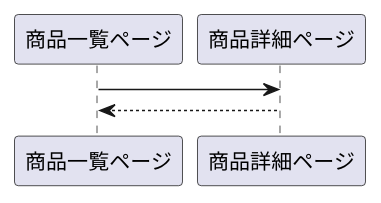
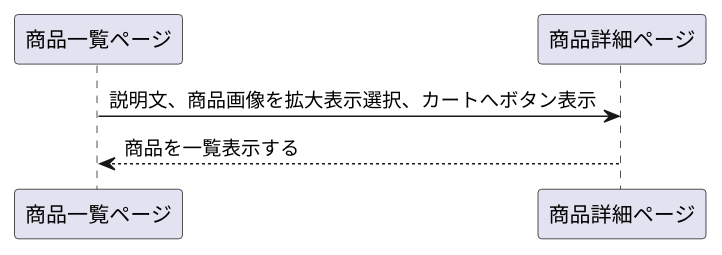
One commit to Aso2001368/2021sys-design changed the diagram in no8.md. Above: the diagram before and after it, drawn with PlantUML.

````diff
--- a/no8.md
+++ b/no8.md
@@ -1,6 +1,6 @@
 ```uml
 @startuml
-商品一覧ページ -> 商品詳細ページ
-商品詳細ページ --> 商品一覧ページ
+商品一覧ページ -> 商品詳細ページ: 説明文、商品画像を拡大表示選択、カートへボタン表示
+商品詳細ページ --> 商品一覧ページ: 商品を一覧表示する
 @enduml
 ```
````
